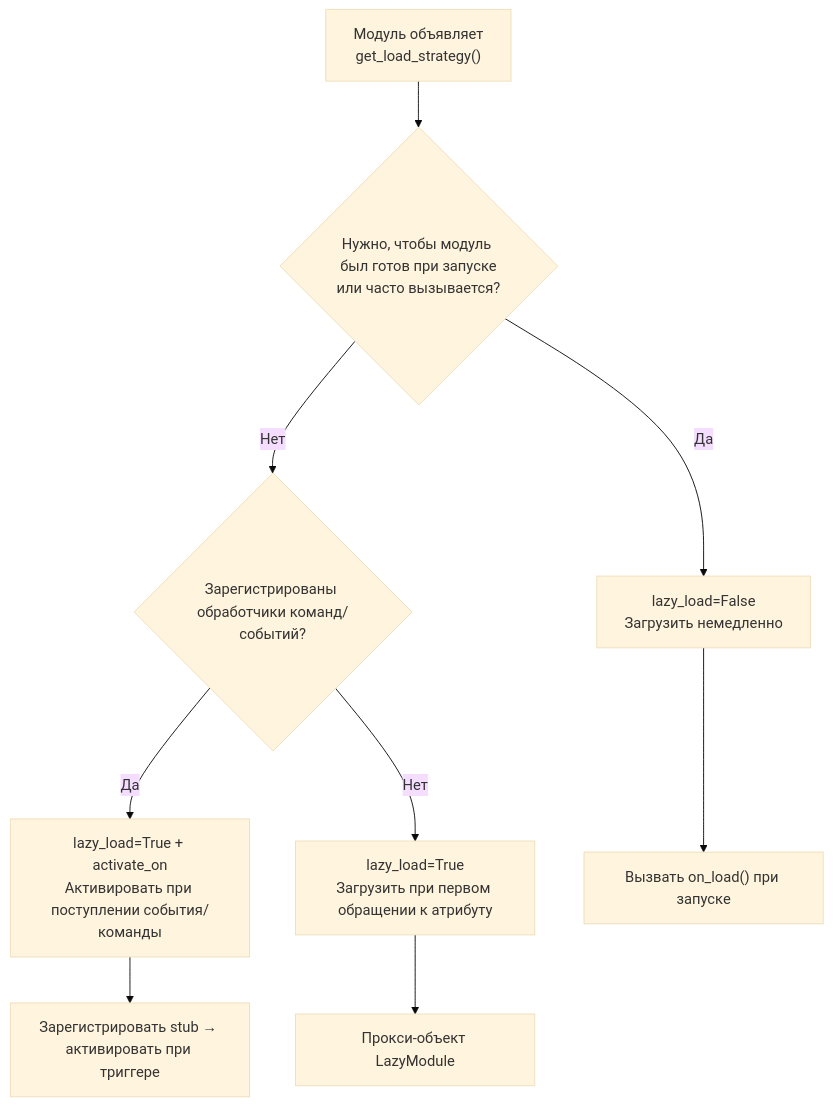
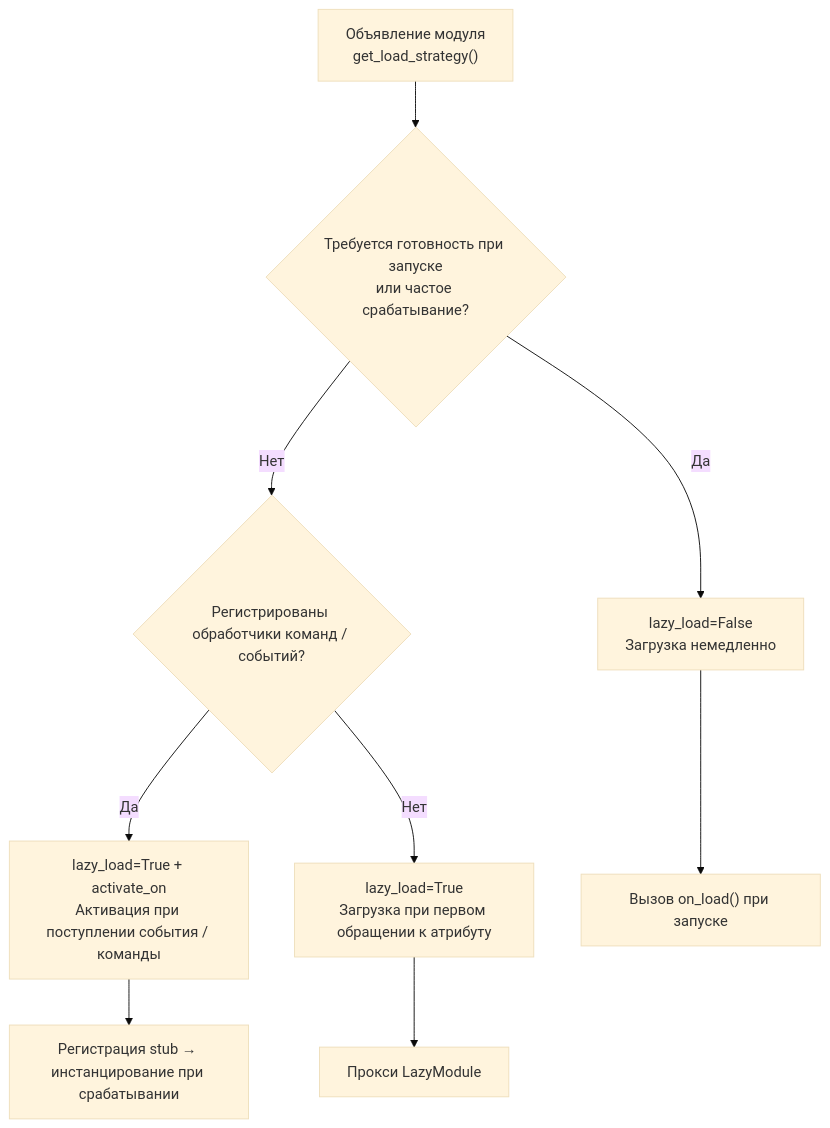
Before and after one commit to ErisPulse/ErisPulse: the diagram in docs/ru/advanced/lazy-loading.md, drawn with Mermaid (base theme). The commit also changed other lines of this file and 622 other files, not shown here.

````diff
--- a/docs/ru/advanced/lazy-loading.md
+++ b/docs/ru/advanced/lazy-loading.md
@@ -191,11 +191,11 @@
 ```mermaid
 flowchart TD
-    A["Модуль объявляет<br/>get_load_strategy()"] --> B{"Нужно, чтобы модуль был готов при запуске<br/>или часто вызывается?"}
-    B -->|"Да"| C["lazy_load=False<br/>Загрузить немедленно"]
-    B -->|"Нет"| D{"Зарегистрированы обработчики команд/событий?"}
-    D -->|"Да"| E["lazy_load=True + activate_on<br/>Активировать при поступлении события/команды"]
-    D -->|"Нет"| F["lazy_load=True<br/>Загрузить при первом обращении к атрибуту"]
-    C --> G["Вызвать on_load() при запуске"]
-    E --> H["Зарегистрировать stub → активировать при триггере"]
-    F --> I["Прокси-объект LazyModule"]
+    A["Объявление модуля<br/>get_load_strategy()"] --> B{"Требуется готовность при запуске<br/>или частое срабатывание?"}
+    B -->|"Да"| C["lazy_load=False<br/>Загрузка немедленно"]
+    B -->|"Нет"| D{"Регистрированы обработчики команд / событий?"}
+    D -->|"Да"| E["lazy_load=True + activate_on<br/>Активация при поступлении события / команды"]
+    D -->|"Нет"| F["lazy_load=True<br/>Загрузка при первом обращении к атрибуту"]
+    C --> G["Вызов on_load() при запуске"]
+    E --> H["Регистрация stub → инстанцирование при срабатывании"]
+    F --> I["Прокси LazyModule"]
 ```
````
